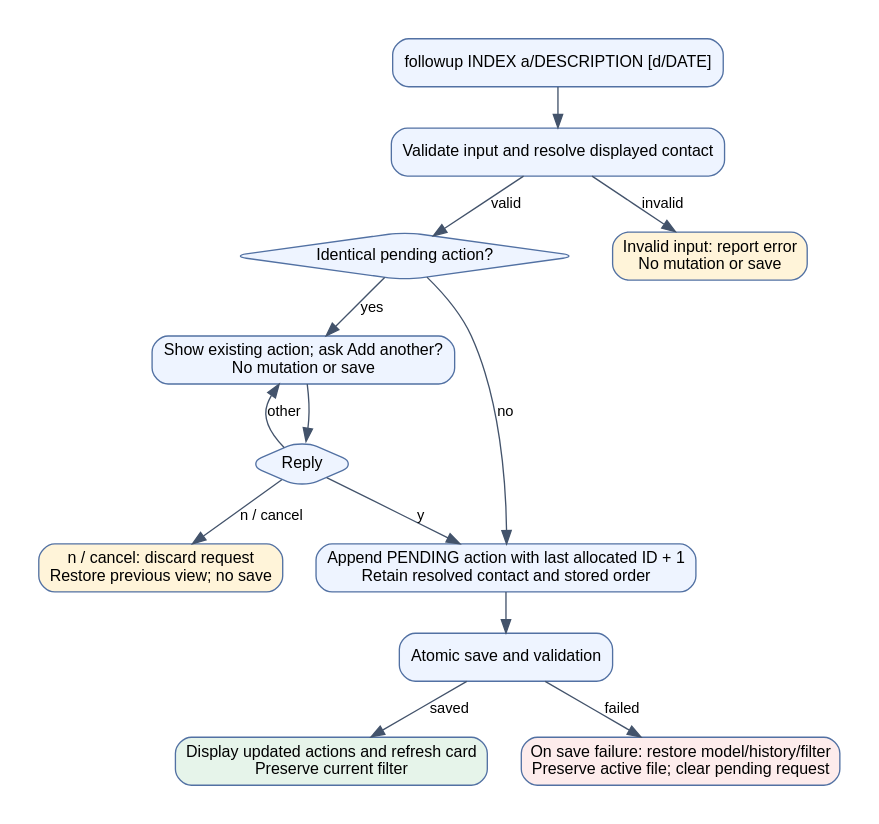
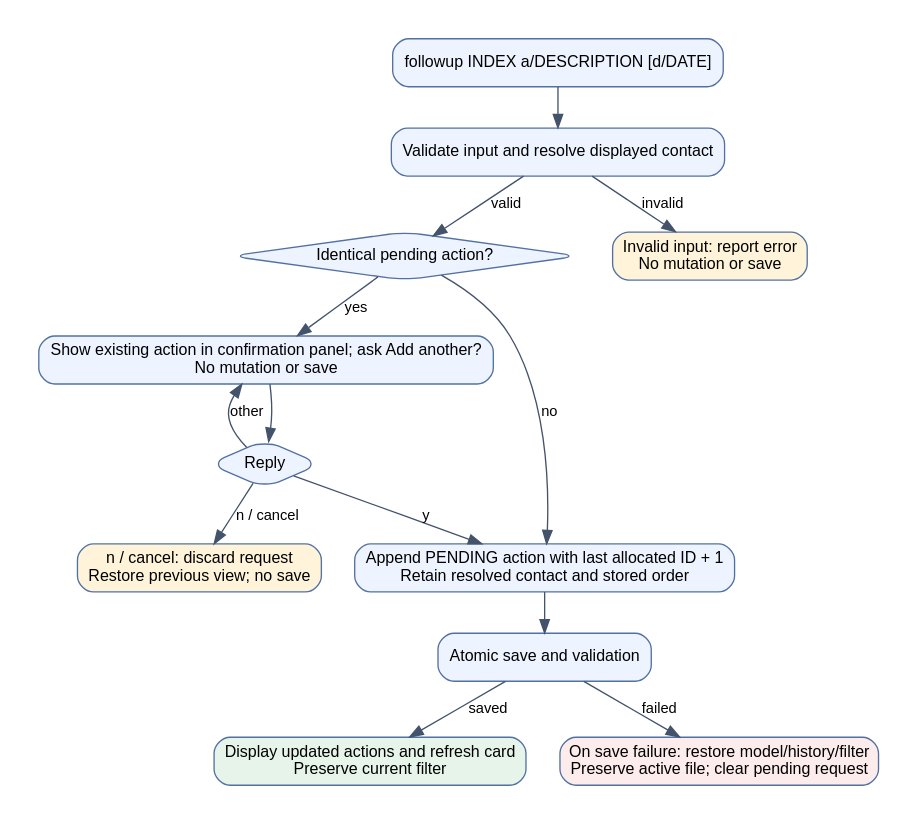
One commit to AY2627S1-CS2103-F13-2/tp changed the diagram in docs/diagrams/FollowUpActivityDiagram.dot. Above: the diagram before and after it, drawn with Graphviz. The commit also changed 22 other files, not shown here.

```diff
--- a/docs/diagrams/FollowUpActivityDiagram.dot
+++ b/docs/diagrams/FollowUpActivityDiagram.dot
@@ -1,28 +1,28 @@
 digraph FollowUp {
   graph [rankdir=TB, bgcolor="white", pad=0.3, nodesep=0.35, ranksep=0.4];
   node [shape=box, style="rounded,filled", fillcolor="#eef4ff", color="#5271a3", fontname="Arial", fontsize=12];
   edge [fontname="Arial", fontsize=11, color="#43536b"];
   input [label="followup INDEX a/DESCRIPTION [d/DATE]"];
   validate [label="Validate input and resolve displayed contact"];
   duplicate [shape=diamond, label="Identical pending action?"];
-  ask [label="Show existing action; ask Add another?\nNo mutation or save"];
+  ask [label="Show existing action in confirmation panel; ask Add another?\nNo mutation or save"];
   reply [shape=diamond, label="Reply"];
   append [label="Append PENDING action with last allocated ID + 1\nRetain resolved contact and stored order"];
   save [label="Atomic save and validation"];
   success [label="Display updated actions and refresh card\nPreserve current filter", fillcolor="#e6f4ea"];
   cancel [label="n / cancel: discard request\nRestore previous view; no save", fillcolor="#fff4d9"];
   failure [label="On save failure: restore model/history/filter\nPreserve active file; clear pending request", fillcolor="#fdecec"];
   reject [label="Invalid input: report error\nNo mutation or save", fillcolor="#fff4d9"];
   input -> validate;
   validate -> duplicate [label="valid"];
   validate -> reject [label="invalid"];
   duplicate -> append [label="no"];
   duplicate -> ask [label="yes"];
   ask -> reply;
   reply -> append [label="y"];
   reply -> cancel [label="n / cancel"];
   reply -> ask [label="other"];
   append -> save;
   save -> success [label="saved"];
   save -> failure [label="failed"];
 }
```
